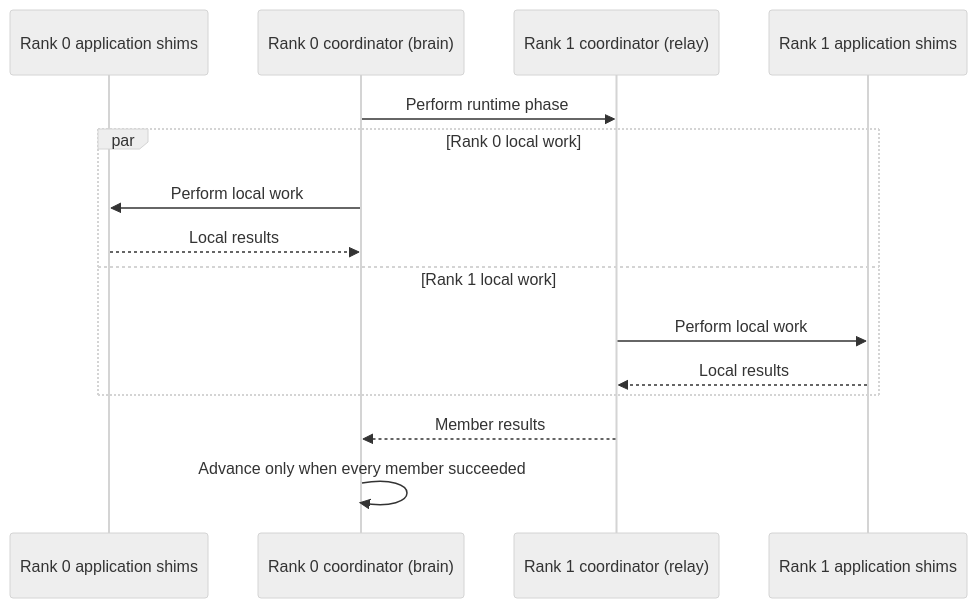
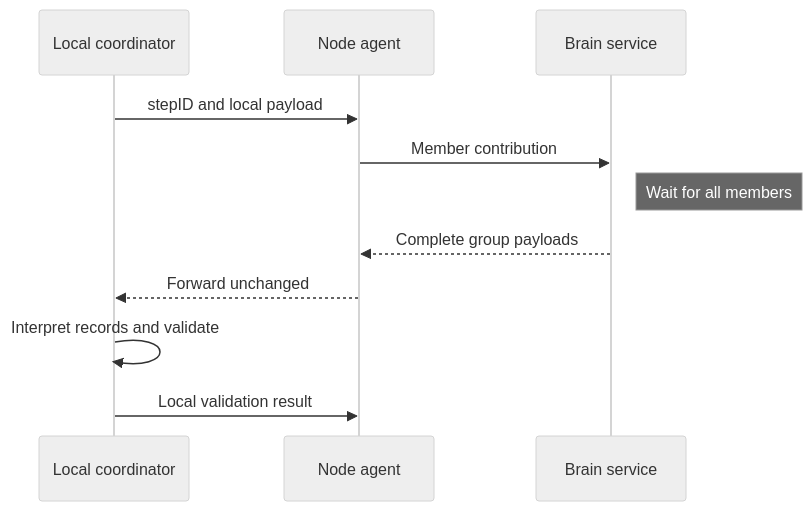
The second of 5 diagrams in docs/proposals/324-multi-pod-snapshot-restore/README.md (ai-dynamo/snapshot), drawn with Mermaid (neutral theme) before and after one commit. The commit also changed other lines of this file, not shown here.

````diff
--- a/docs/proposals/324-multi-pod-snapshot-restore/README.md
+++ b/docs/proposals/324-multi-pod-snapshot-restore/README.md
@@ -253,17 +233,13 @@
 ```mermaid
 sequenceDiagram
-    participant S0 as Rank 0 application shims
-    participant B as Rank 0 coordinator (brain)
-    participant R as Rank 1 coordinator (relay)
-    participant S1 as Rank 1 application shims
-    B->>R: Perform runtime phase
-    par Rank 0 local work
-        B->>S0: Perform local work
-        S0-->>B: Local results
-    and Rank 1 local work
-        R->>S1: Perform local work
-        S1-->>R: Local results
-    end
-    R-->>B: Member results
-    B->>B: Advance only when every member succeeded
+    participant H as Local coordinator
+    participant A as Node agent
+    participant B as Brain service
+    H->>A: stepID and local payload
+    A->>B: Member contribution
+    Note right of B: Wait for all members
+    B-->>A: Complete group payloads
+    A-->>H: Forward unchanged
+    H->>H: Interpret records and validate
+    H->>A: Local validation result
 ```
````
